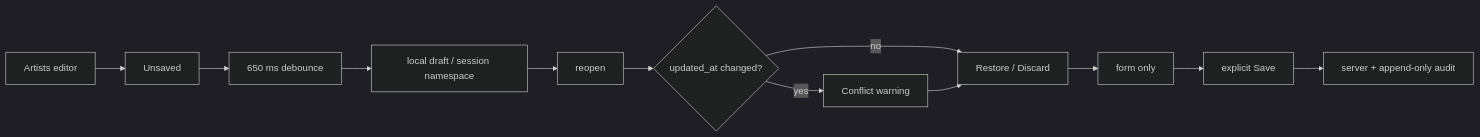
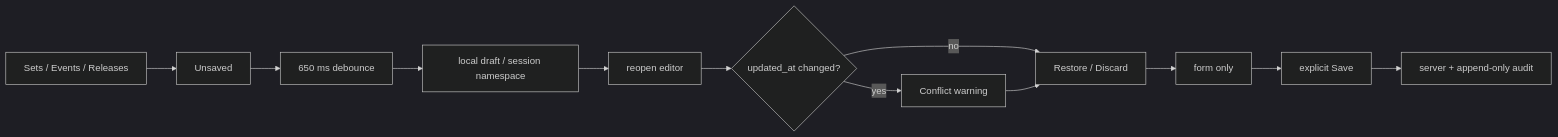
Before and after one commit to pl0n3r/brvtal: the diagram in README.md, drawn with Mermaid (dark theme). The commit also changed other lines of this file and 11 other files, not shown here.

````diff
--- a/README.md
+++ b/README.md
@@ -45,14 +45,14 @@
 ```mermaid
 flowchart LR
-  P["Artists editor"] --> U["Unsaved"]
+  E["Sets / Events / Releases"] --> U["Unsaved"]
   U --> D["650 ms debounce"]
   D --> L["local draft / session namespace"]
-  L --> R["reopen"]
+  L --> R["reopen editor"]
   R --> C{"updated_at changed?"}
   C -- no --> X["Restore / Discard"]
   C -- yes --> W["Conflict warning"]
   W --> X
   X --> F["form only"]
   F --> S["explicit Save"]
   S --> A["server + append-only audit"]
 ```
````
